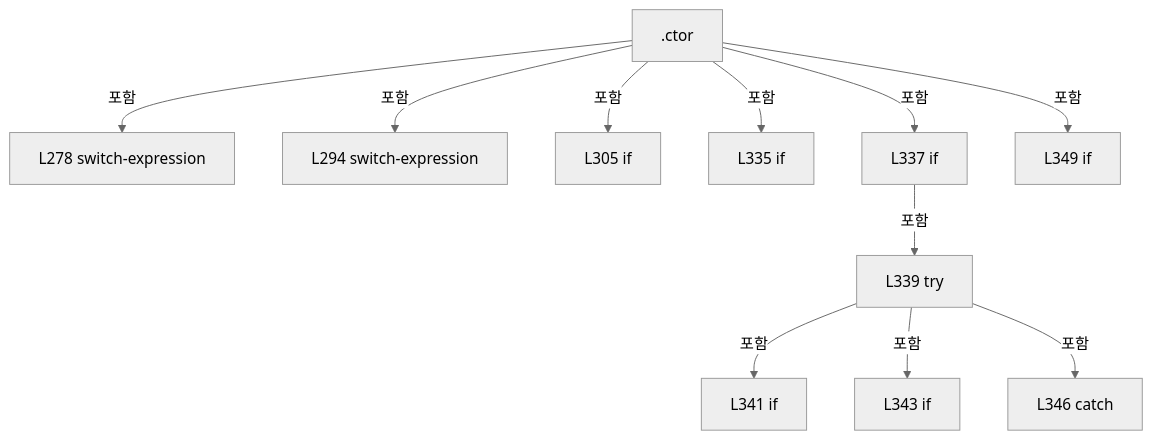
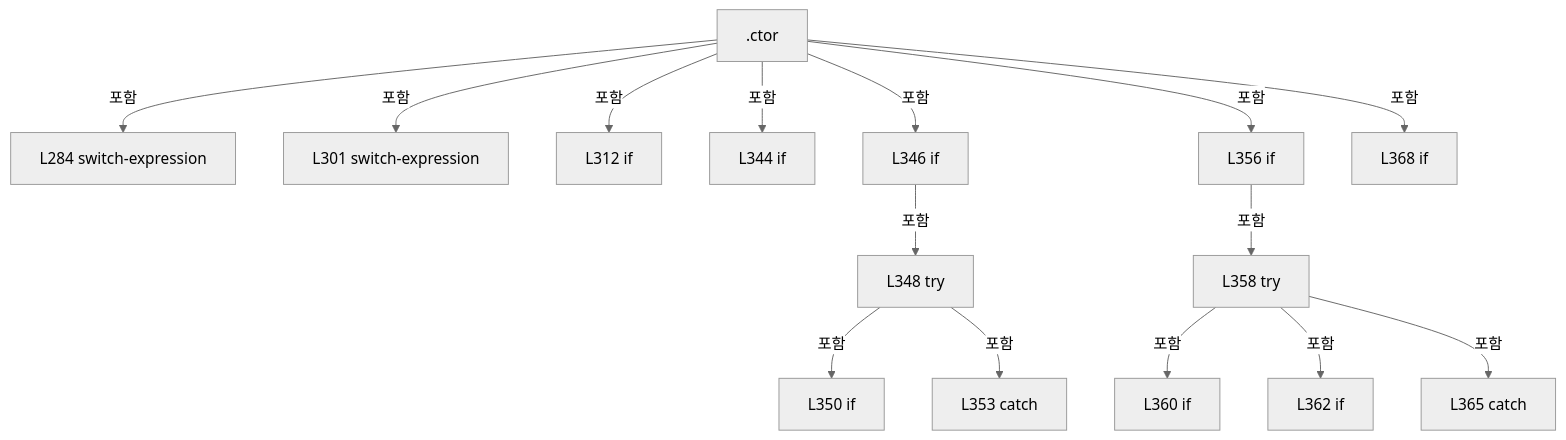
One commit to kjuws10-rgb/Shared changed the eighth of 10 diagrams in A3 LD Code Ref/files/Drilling.UI/Popup/CMelsecStageSimulationDialog.xaml.cs.md. Above: the diagram before and after it, drawn with Mermaid (neutral theme). The commit also changed other lines of this file and 8055 other files, not shown here.

Commit message:
docs(a3): trace Stage Glass Data and refresh architecture and full code reference

````diff
--- a/A3 LD Code Ref/files/Drilling.UI/Popup/CMelsecStageSimulationDialog.xaml.cs.md
+++ b/A3 LD Code Ref/files/Drilling.UI/Popup/CMelsecStageSimulationDialog.xaml.cs.md
@@ -2109,24 +2193,32 @@
 ```mermaid
 flowchart TD
  M[".ctor"]
- N0["L278 switch-expression"]
+ N0["L284 switch-expression"]
  M -->|포함| N0
- N1["L294 switch-expression"]
+ N1["L301 switch-expression"]
  M -->|포함| N1
- N2["L305 if"]
+ N2["L312 if"]
  M -->|포함| N2
- N3["L335 if"]
+ N3["L344 if"]
  M -->|포함| N3
- N4["L337 if"]
+ N4["L346 if"]
  M -->|포함| N4
- N5["L339 try"]
+ N5["L348 try"]
  N4 -->|포함| N5
- N6["L341 if"]
+ N6["L350 if"]
  N5 -->|포함| N6
- N7["L343 if"]
+ N7["L353 catch"]
  N5 -->|포함| N7
- N8["L346 catch"]
- N5 -->|포함| N8
- N9["L349 if"]
- M -->|포함| N9
+ N8["L356 if"]
+ M -->|포함| N8
+ N9["L358 try"]
+ N8 -->|포함| N9
+ N10["L360 if"]
+ N9 -->|포함| N10
+ N11["L362 if"]
+ N9 -->|포함| N11
+ N12["L365 catch"]
+ N9 -->|포함| N12
+ N13["L368 if"]
+ M -->|포함| N13
 ```
````
